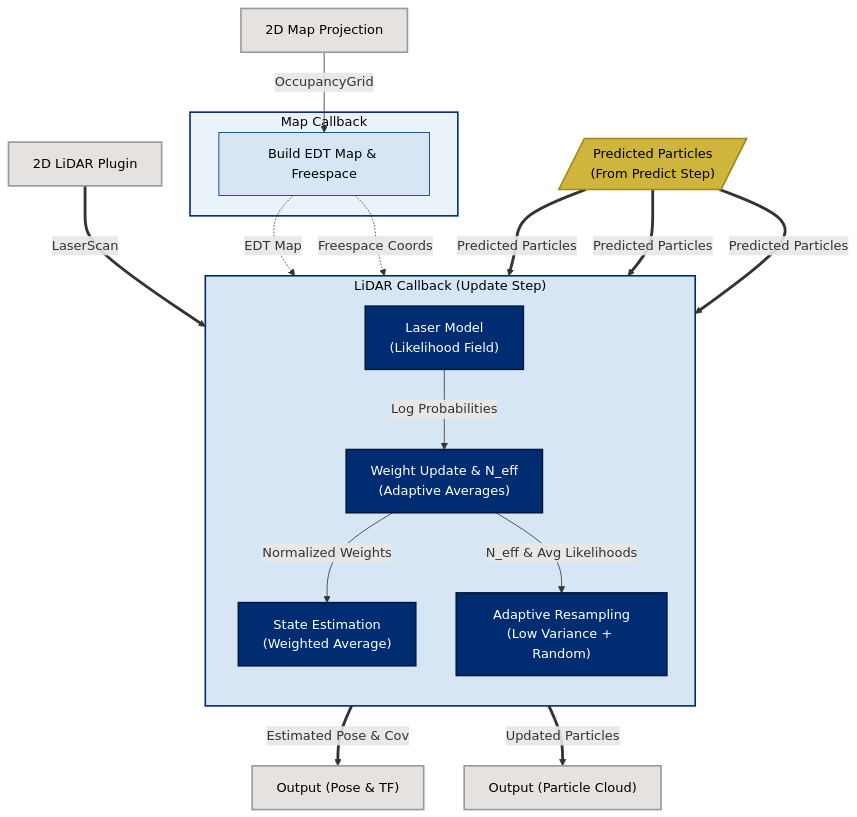
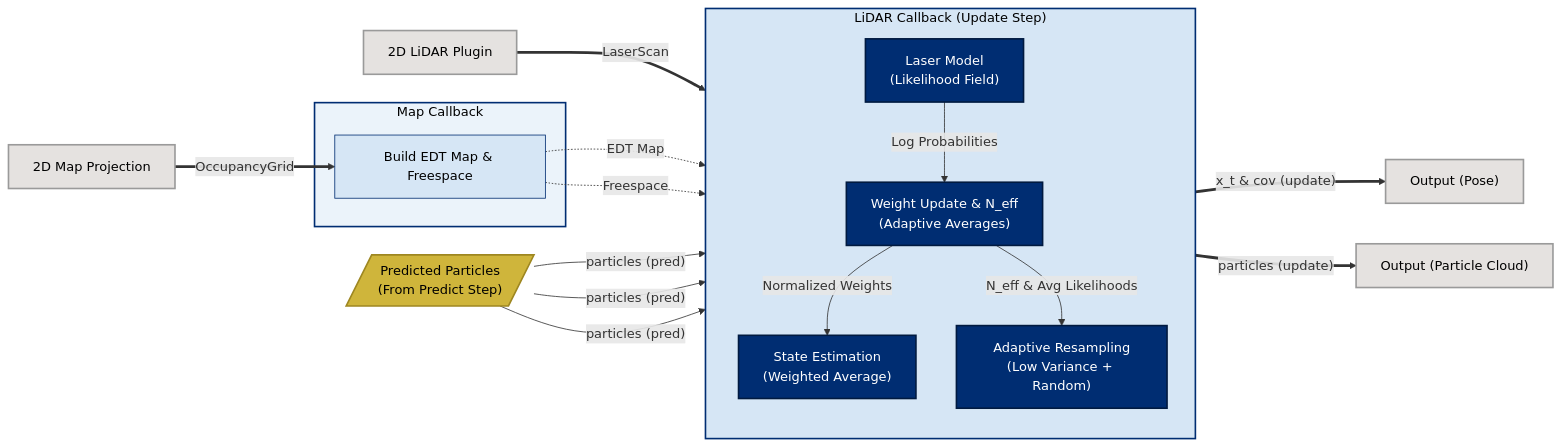
Before and after one commit to jtcass01/devol: the diagram in docs/Reasoning Under Uncertainty/Project Diagrams/pf_update.mmd, drawn with Mermaid. The commit also changed 27 other files, not shown here.

Commit message:
#42 moved text from overleaf. Going to continue writing on home computer with mintex. Improved formatting of some mermaid diagrams

```diff
--- a/docs/Reasoning Under Uncertainty/Project Diagrams/pf_update.mmd
+++ b/docs/Reasoning Under Uncertainty/Project Diagrams/pf_update.mmd
@@ -1,56 +1,53 @@
-graph TD
+graph LR
     %% External Inputs & Handoffs
     LiDAR["2D LiDAR Plugin"]
     Octomap["2D Map Projection"]
     PredictedParticles[/"Predicted Particles<br>(From Predict Step)"/]
 
     subgraph MapCB_Sub ["Map Callback"]
         MapCB["Build EDT Map & Freespace"]
     end
 
     subgraph Update ["LiDAR Callback (Update Step)"]
         direction TB
         Likelihood["Laser Model<br>(Likelihood Field)"]
         Weights["Weight Update & N_eff<br>(Adaptive Averages)"]
         StateEst["State Estimation<br>(Weighted Average)"]
         Resample["Adaptive Resampling<br>(Low Variance + Random)"]
     end
 
     %% Final Outputs
-    PoseOut["Output (Pose & TF)"]
+    PoseOut["Output (Pose)"]
     CloudOut["Output (Particle Cloud)"]
 
     %% External & Map Flows
-    Octomap -->|"OccupancyGrid"| MapCB
+    Octomap ==>|"OccupancyGrid"| MapCB
     LiDAR ==>|"LaserScan"| Likelihood
     
     MapCB -.->|"EDT Map"| Likelihood
-    MapCB -.->|"Freespace Coords"| Resample
+    MapCB -.->|"Freespace"| Resample
 
-    %% Main State Pipeline (Thick lines)
-    PredictedParticles ==>|"Predicted Particles"| Likelihood
-    PredictedParticles ==>|"Predicted Particles"| StateEst
-    PredictedParticles ==>|"Predicted Particles"| Resample
+    PredictedParticles -->|"particles (pred)"| Likelihood
+    PredictedParticles -->|"particles (pred)"| StateEst
+    PredictedParticles -->|"particles (pred)"| Resample
 
-    %% Internal Math and Weights (Thin lines)
     Likelihood -->|"Log Probabilities"| Weights
     Weights -->|"Normalized Weights"| StateEst
     Weights -->|"N_eff & Avg Likelihoods"| Resample
 
-    %% Output Flows
-    StateEst ==>|"Estimated Pose & Cov"| PoseOut
-    Resample ==>|"Updated Particles"| CloudOut
+    StateEst ==>|"x_t & cov (update)"| PoseOut
+    Resample ==>|"particles (update)"| CloudOut
 
     %% Node Styling
     classDef jhuPrimary fill:#002D72,stroke:#001A40,stroke-width:2px,color:white;
     classDef outOfScope fill:#E5E2E0,stroke:#9A9A9A,stroke-width:2px,color:black;
     classDef handoff fill:#CFB53B,stroke:#9E8721,stroke-width:2px,color:black;
     classDef callback fill:#D6E6F5,stroke:#002D72,stroke-width:1px,color:black;
 
     class Likelihood,Weights,StateEst,Resample jhuPrimary;
     class LiDAR,Octomap,PoseOut,CloudOut outOfScope;
     class PredictedParticles handoff;
     class MapCB callback;
     
     style MapCB_Sub fill:#EBF3FA,stroke:#002D72,stroke-width:2px,color:black;
     style Update fill:#D6E6F5,stroke:#002D72,stroke-width:2px,color:black;
```
